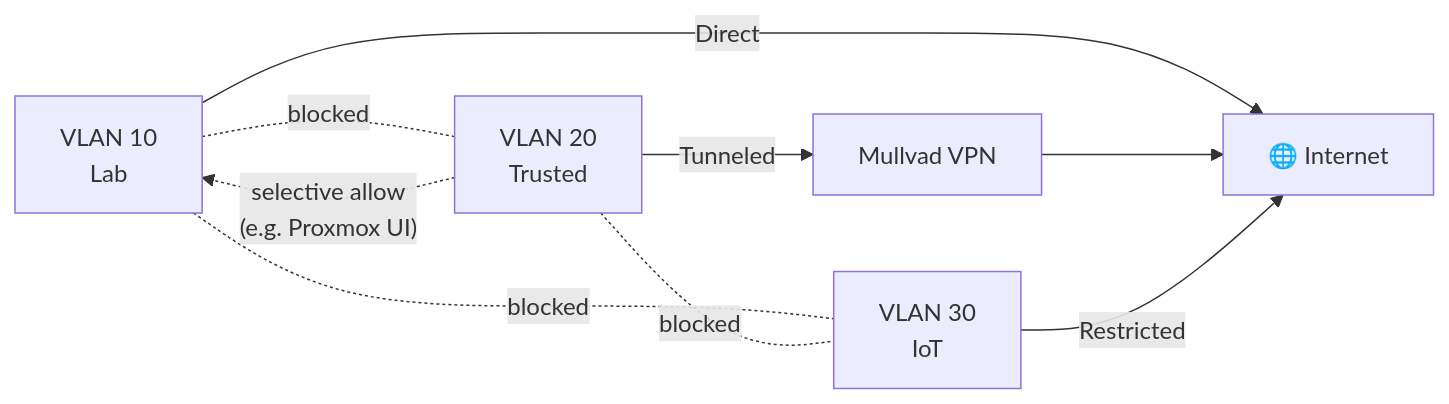
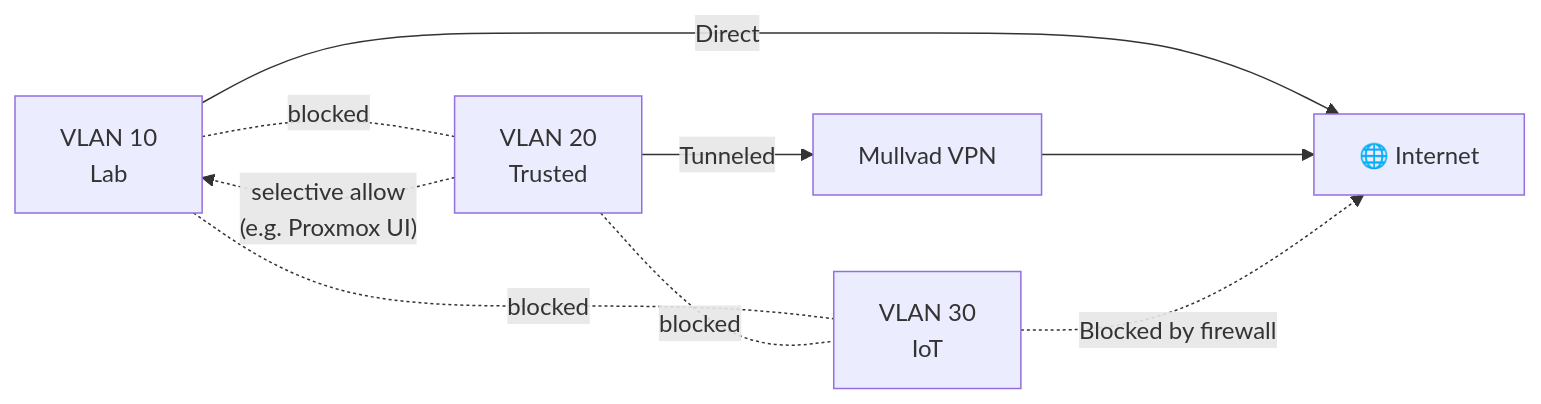
Before and after one commit to sethbarrett50/home_lab_docs: the diagram in docs/networking/vlans.md, drawn with Mermaid. The commit also changed other lines of this file and 8 other files, not shown here.

````diff
--- a/docs/networking/vlans.md
+++ b/docs/networking/vlans.md
@@ -63,17 +63,17 @@
 ```mermaid
 flowchart LR
     L10[VLAN 10\nLab]
     L20[VLAN 20\nTrusted]
     L30[VLAN 30\nIoT]
     WAN[🌐 Internet]
     VPN[Mullvad VPN]
 
     L10 -->|Direct| WAN
     L20 -->|Tunneled| VPN --> WAN
-    L30 -->|Restricted| WAN
+    L30 -.->|Blocked by firewall| WAN
 
     L10 -. blocked .- L20
     L10 -. blocked .- L30
     L20 -. blocked .- L30
     L20 -.->|"selective allow\n(e.g. Proxmox UI)"| L10
 ```
````
